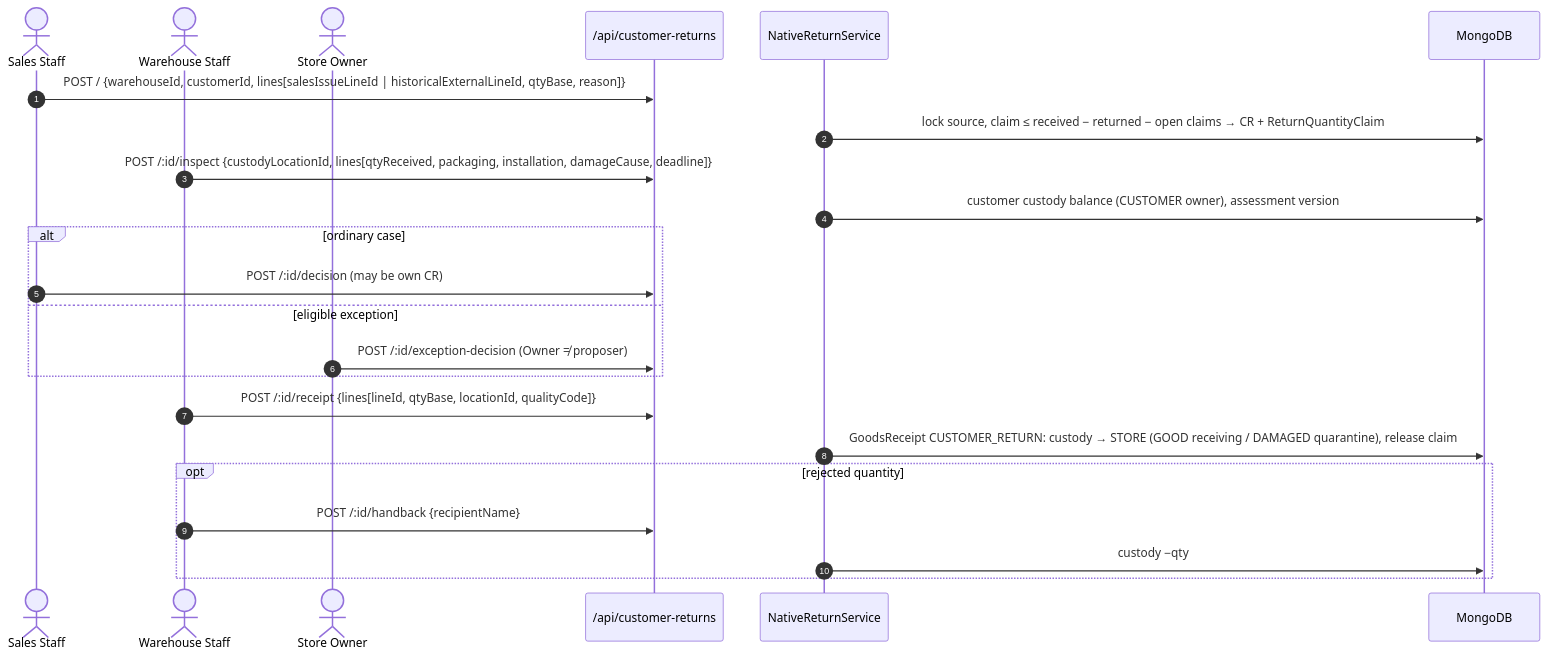
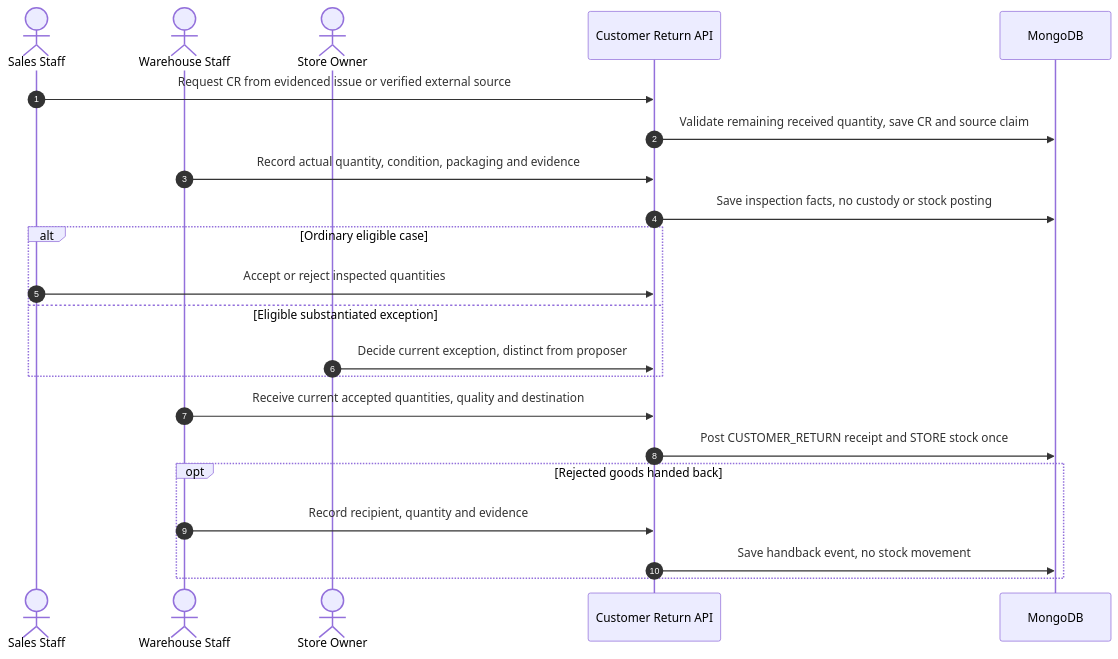
Before and after one commit to bupbalabup/wmsd_be: diagram 25 of 28 in git_doc/docs/01_bao_cao/WMSD_Report4_Draft.md, drawn with Mermaid. The commit also changed other lines of this file and 33 other files, not shown here.

````diff
--- a/git_doc/docs/01_bao_cao/WMSD_Report4_Draft.md
+++ b/git_doc/docs/01_bao_cao/WMSD_Report4_Draft.md
@@ -2715,25 +2457,24 @@
 ```mermaid
 sequenceDiagram
   autonumber
   actor SA as Sales Staff
   actor W as Warehouse Staff
   actor O as Store Owner
-  participant API as /api/customer-returns
-  participant S as NativeReturnService
+  participant API as Customer Return API
   participant DB as MongoDB
-  SA->>API: POST / {warehouseId, customerId, lines[salesIssueLineId | historicalExternalLineId, qtyBase, reason]}
-  S->>DB: lock source, claim ≤ received − returned − open claims → CR + ReturnQuantityClaim
-  W->>API: POST /:id/inspect {custodyLocationId, lines[qtyReceived, packaging, installation, damageCause, deadline]}
-  S->>DB: customer custody balance (CUSTOMER owner), assessment version
-  alt ordinary case
-    SA->>API: POST /:id/decision (may be own CR)
-  else eligible exception
-    O->>API: POST /:id/exception-decision (Owner ≠ proposer)
+  SA->>API: Request CR from evidenced issue or verified external source
+  API->>DB: Validate remaining received quantity, save CR and source claim
+  W->>API: Record actual quantity, condition, packaging and evidence
+  API->>DB: Save inspection facts, no custody or stock posting
+  alt Ordinary eligible case
+    SA->>API: Accept or reject inspected quantities
+  else Eligible substantiated exception
+    O->>API: Decide current exception, distinct from proposer
   end
-  W->>API: POST /:id/receipt {lines[lineId, qtyBase, locationId, qualityCode]}
-  S->>DB: GoodsReceipt CUSTOMER_RETURN: custody → STORE (GOOD receiving / DAMAGED quarantine), release claim
-  opt rejected quantity
-    W->>API: POST /:id/handback {recipientName}
-    S->>DB: custody −qty
+  W->>API: Receive current accepted quantities, quality and destination
+  API->>DB: Post CUSTOMER_RETURN receipt and STORE stock once
+  opt Rejected goods handed back
+    W->>API: Record recipient, quantity and evidence
+    API->>DB: Save handback event, no stock movement
   end
 ```
````
